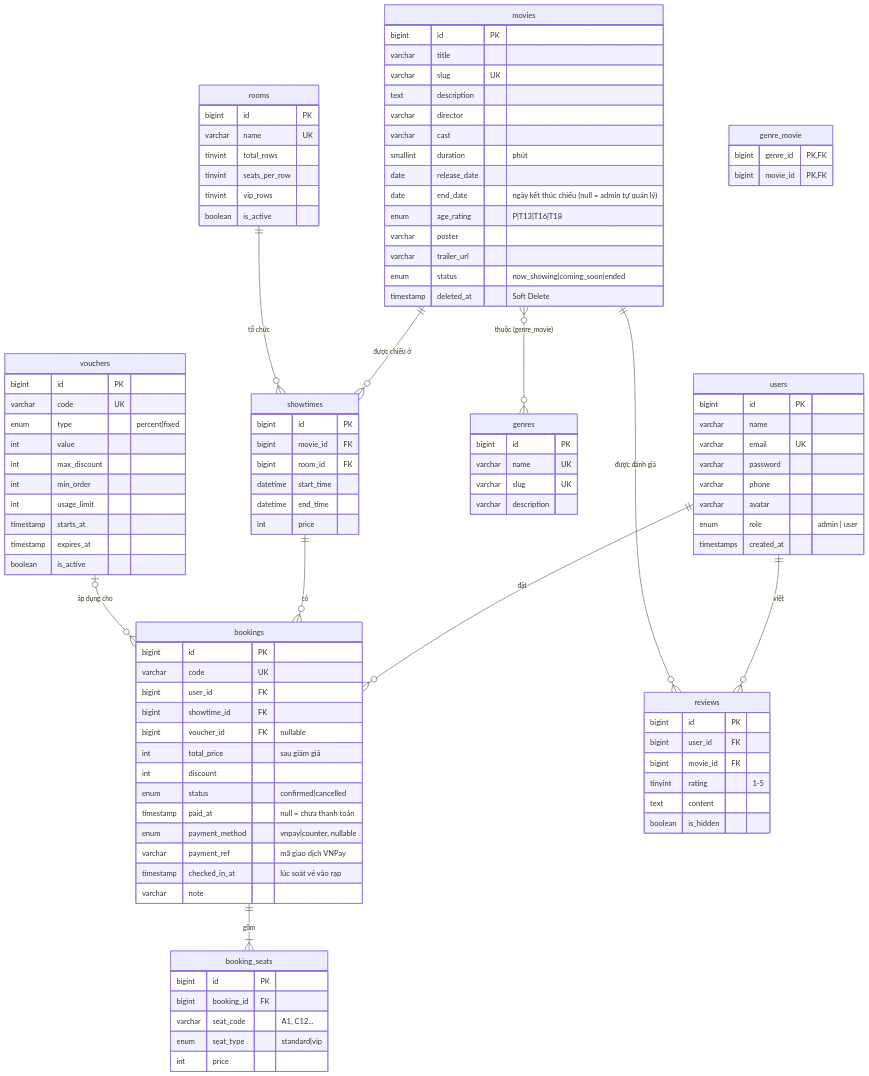
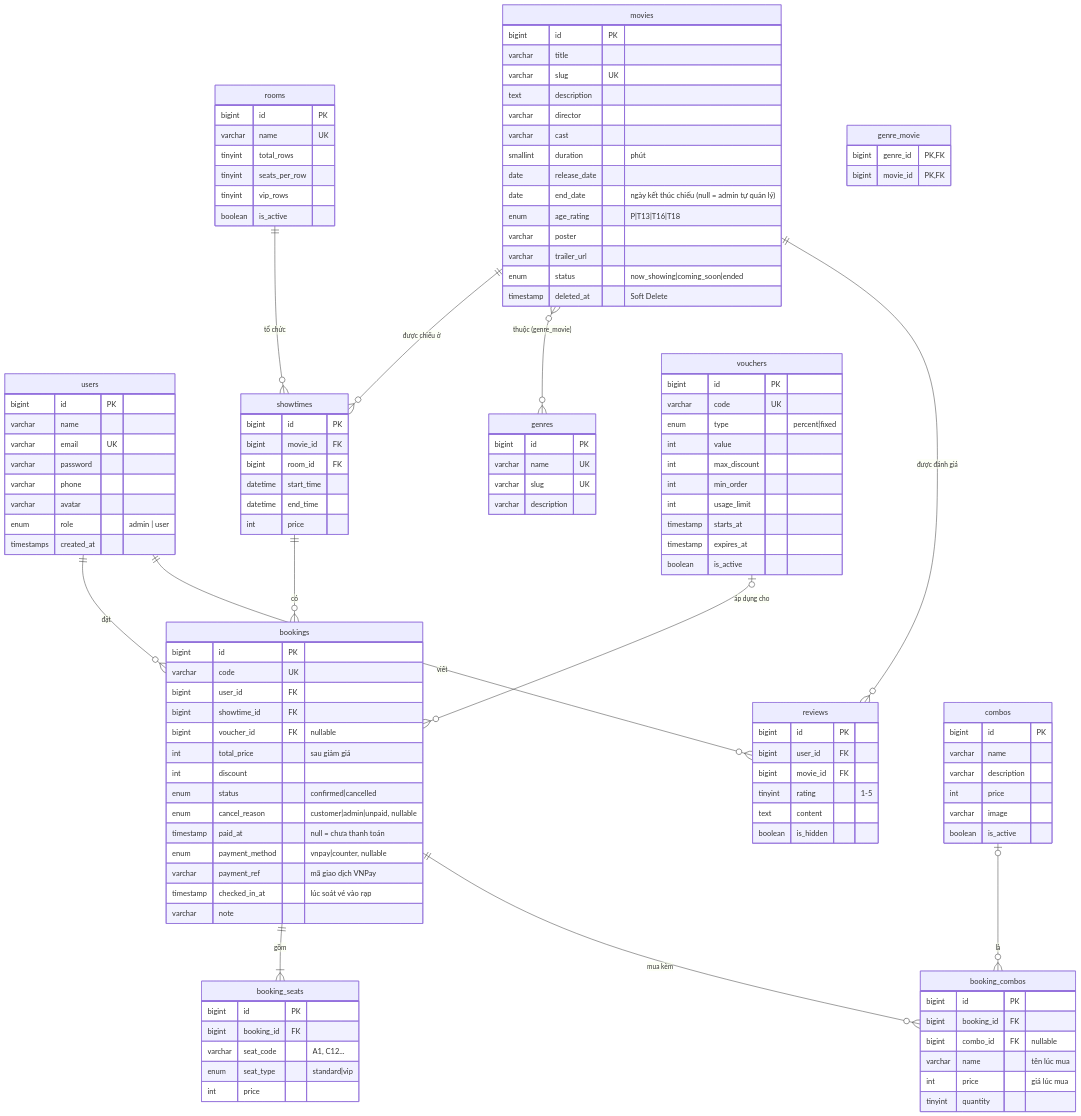
One commit to Leanhoangy/CineBook changed the first of 2 diagrams in docs/THIET_KE.md. Above: the diagram before and after it, drawn with Mermaid. The commit also changed other lines of this file and 44 other files, not shown here.

Commit message:
Tự hủy vé chưa thanh toán trước giờ chiếu 30 phút (lệnh chạy mỗi phút, email báo khách, ghi lý do hủy); bán kèm combo bắp nước khi đặt vé, admin quản lý combo

```diff
--- a/docs/THIET_KE.md
+++ b/docs/THIET_KE.md
@@ -27,6 +27,8 @@
     users ||--o{ reviews : "viết"
     movies ||--o{ reviews : "được đánh giá"
     vouchers |o--o{ bookings : "áp dụng cho"
+    bookings ||--o{ booking_combos : "mua kèm"
+    combos |o--o{ booking_combos : "là"
 
     users {
         bigint id PK
@@ -89,6 +91,7 @@
         int total_price "sau giảm giá"
         int discount
         enum status "confirmed|cancelled"
+        enum cancel_reason "customer|admin|unpaid, nullable"
         timestamp paid_at "null = chưa thanh toán"
         enum payment_method "vnpay|counter, nullable"
         varchar payment_ref "mã giao dịch VNPay"
@@ -101,6 +104,22 @@
         varchar seat_code "A1, C12..."
         enum seat_type "standard|vip"
         int price
+    }
+    combos {
+        bigint id PK
+        varchar name
+        varchar description
+        int price
+        varchar image
+        boolean is_active
+    }
+    booking_combos {
+        bigint id PK
+        bigint booking_id FK
+        bigint combo_id FK "nullable"
+        varchar name "tên lúc mua"
+        int price "giá lúc mua"
+        tinyint quantity
     }
     reviews {
         bigint id PK
```
